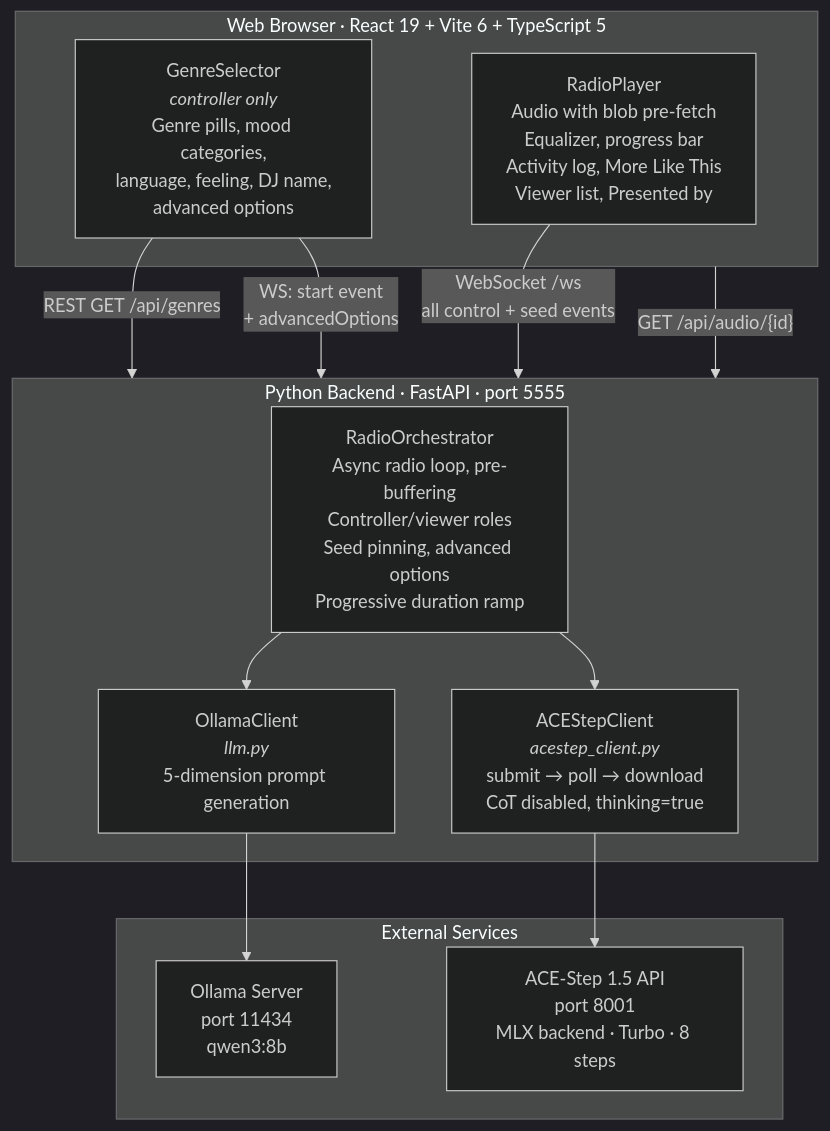
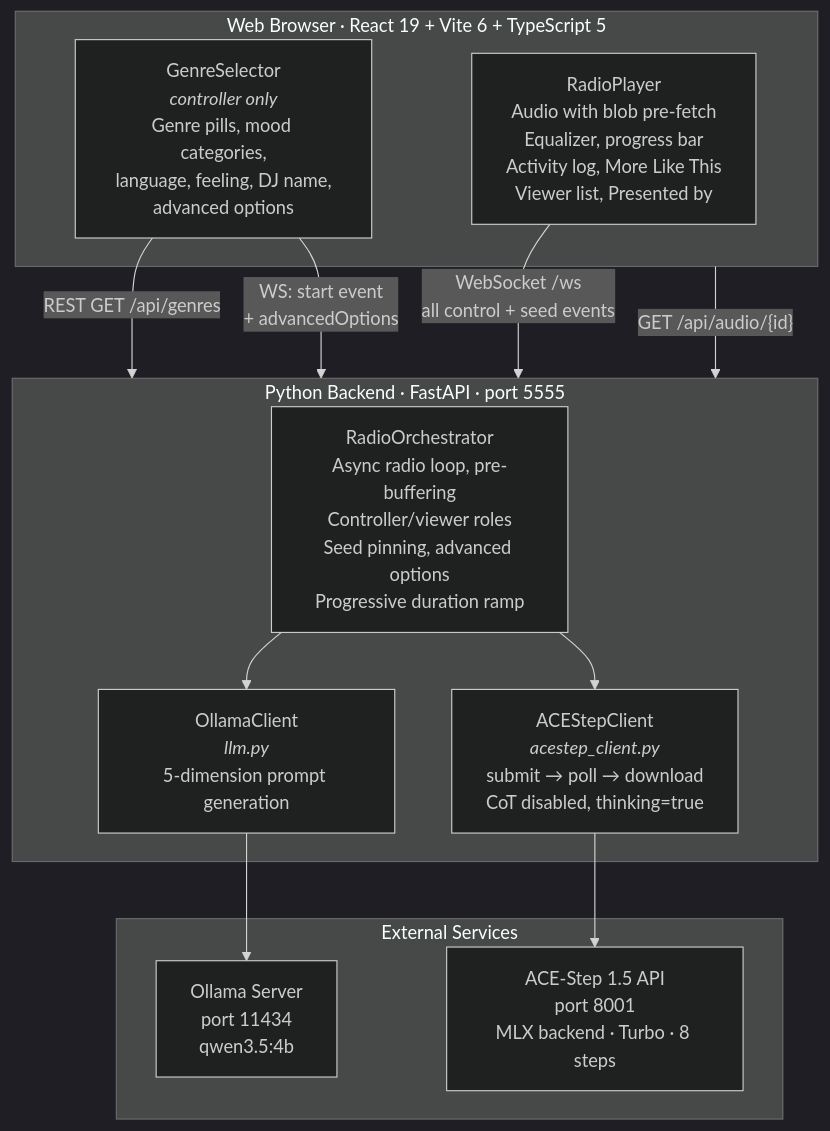
One commit to scramblerlab/generative-radio changed the first of 2 diagrams in BUILD_SPEC.md. Above: the diagram before and after it, drawn with Mermaid (dark theme). The commit also changed other lines of this file and 12 other files, not shown here.

````diff
--- a/BUILD_SPEC.md
+++ b/BUILD_SPEC.md
@@ -63,27 +63,27 @@
 ```mermaid
 graph TD
     subgraph Browser["Web Browser · React 19 + Vite 6 + TypeScript 5"]
         GS["GenreSelector<br/><i>controller only</i><br/>Genre pills, mood categories,<br/>language, feeling, DJ name,<br/>advanced options"]
         RP["RadioPlayer<br/>Audio with blob pre-fetch<br/>Equalizer, progress bar<br/>Activity log, More Like This<br/>Viewer list, Presented by"]
     end
 
     subgraph Backend["Python Backend · FastAPI · port 5555"]
         RO["RadioOrchestrator<br/>Async radio loop, pre-buffering<br/>Controller/viewer roles<br/>Seed pinning, advanced options<br/>Progressive duration ramp"]
         OC["OllamaClient<br/><i>llm.py</i><br/>5-dimension prompt generation"]
         AC["ACEStepClient<br/><i>acestep_client.py</i><br/>submit → poll → download<br/>CoT disabled, thinking=true"]
         RO --> OC
         RO --> AC
     end
 
     subgraph External["External Services"]
-        Ollama["Ollama Server<br/>port 11434<br/>qwen3:8b"]
+        Ollama["Ollama Server<br/>port 11434<br/>qwen3.5:4b"]
         ACEStep["ACE-Step 1.5 API<br/>port 8001<br/>MLX backend · Turbo · 8 steps"]
     end
 
     GS -- "REST GET /api/genres" --> Backend
     RP -- "WebSocket /ws<br/>all control + seed events" --> Backend
     GS -- "WS: start event<br/>+ advancedOptions" --> Backend
     Browser -- "GET /api/audio/{id}" --> Backend
     OC --> Ollama
     AC --> ACEStep
 ```
````
